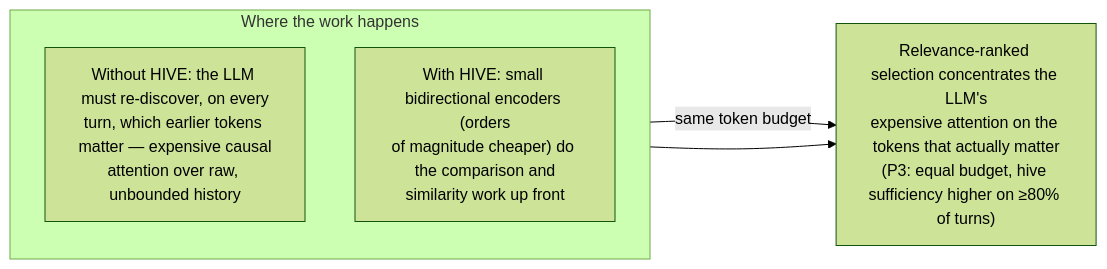
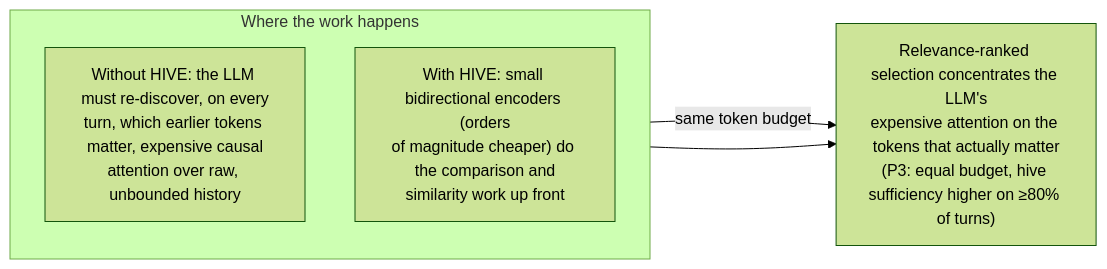
The fifth of 11 diagrams in HIVE-DIAGRAMS.md (sky-is-green/hive-memory), drawn with Mermaid (forest theme) before and after one commit. The commit also changed other lines of this file and 3 other files, not shown here.

````diff
--- a/HIVE-DIAGRAMS.md
+++ b/HIVE-DIAGRAMS.md
@@ -126,10 +125,10 @@
 ```mermaid
 flowchart LR
     subgraph WHERE["Where the work happens"]
         direction TB
-        W1["Without HIVE: the LLM must re-discover, on every<br/>turn, which earlier tokens matter — expensive causal<br/>attention over raw, unbounded history"]
+        W1["Without HIVE: the LLM must re-discover, on every<br/>turn, which earlier tokens matter, expensive causal<br/>attention over raw, unbounded history"]
         W2["With HIVE: small bidirectional encoders (orders<br/>of magnitude cheaper) do the comparison and<br/>similarity work up front"]
     end
     W1 -->|"same token budget"| C["Relevance-ranked selection concentrates the LLM's<br/>expensive attention on the tokens that actually matter<br/>(P3: equal budget, hive sufficiency higher on ≥80% of turns)"]
     W2 --> C
 ```
````
